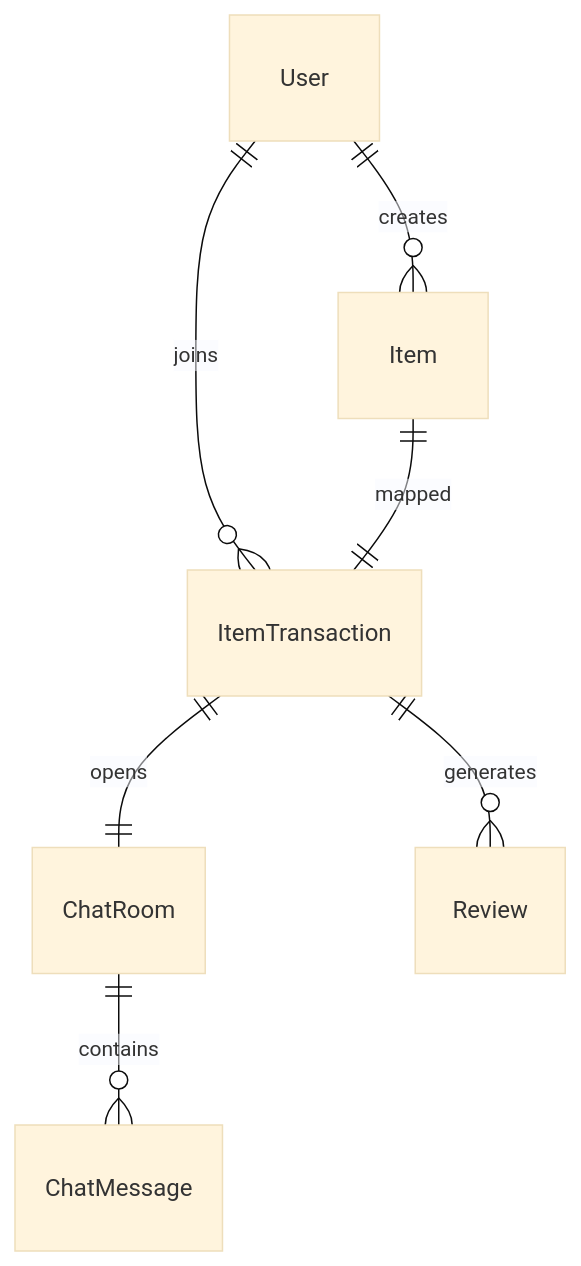
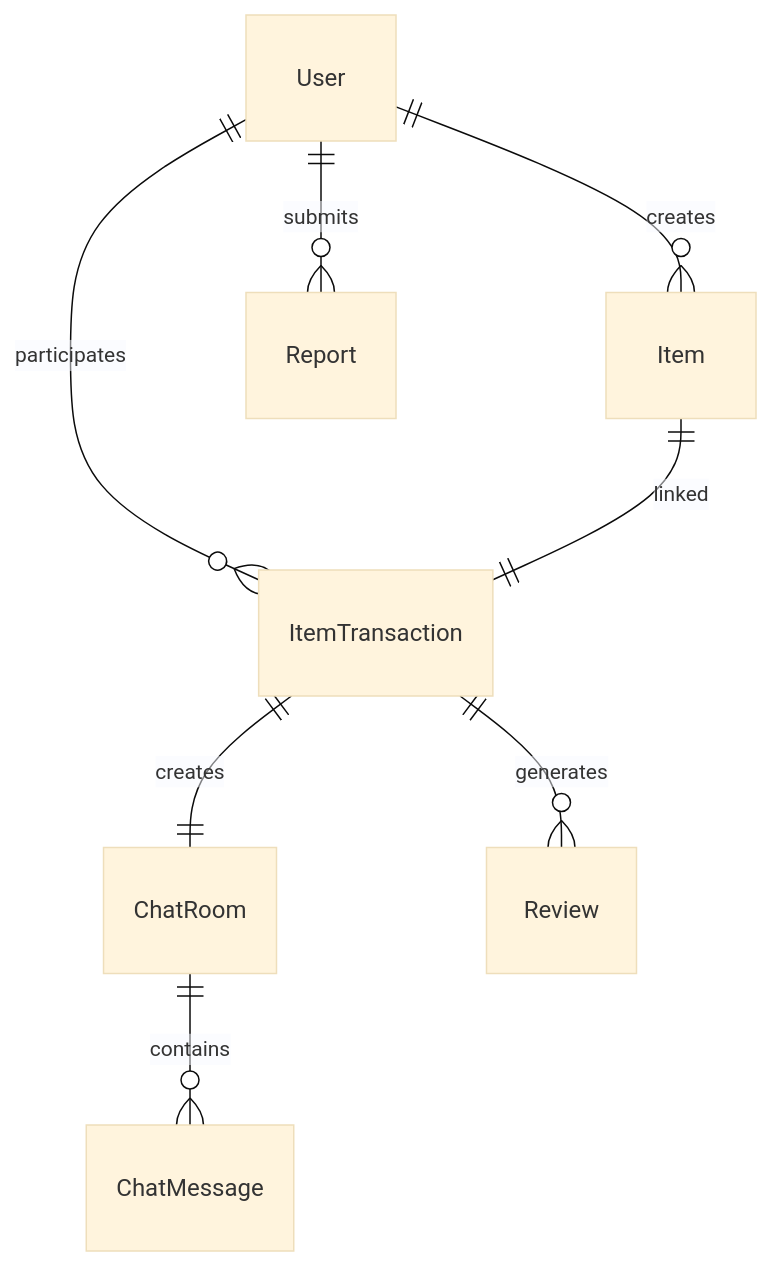
One commit to SU-Talk/sutalk-backend changed the third of 4 diagrams in README.md. Above: the diagram before and after it, drawn with Mermaid (base theme). The commit also changed other lines of this file, not shown here.

````diff
--- a/README.md
+++ b/README.md
@@ -180,13 +88,10 @@
 ```mermaid
 erDiagram
     User ||--o{ Item : creates
-    User ||--o{ ItemTransaction : joins
-    Item ||--|| ItemTransaction : mapped
-    ItemTransaction ||--|| ChatRoom : opens
+    User ||--o{ ItemTransaction : participates
+    Item ||--|| ItemTransaction : linked
+    ItemTransaction ||--|| ChatRoom : creates
     ChatRoom ||--o{ ChatMessage : contains
     ItemTransaction ||--o{ Review : generates
-
-    %% subtle styling
-    classDef entity fill:#1f6feb,color:#ffffff,stroke:#0d419d,stroke-width:1px;
-
+    User ||--o{ Report : submits
 ```
````
